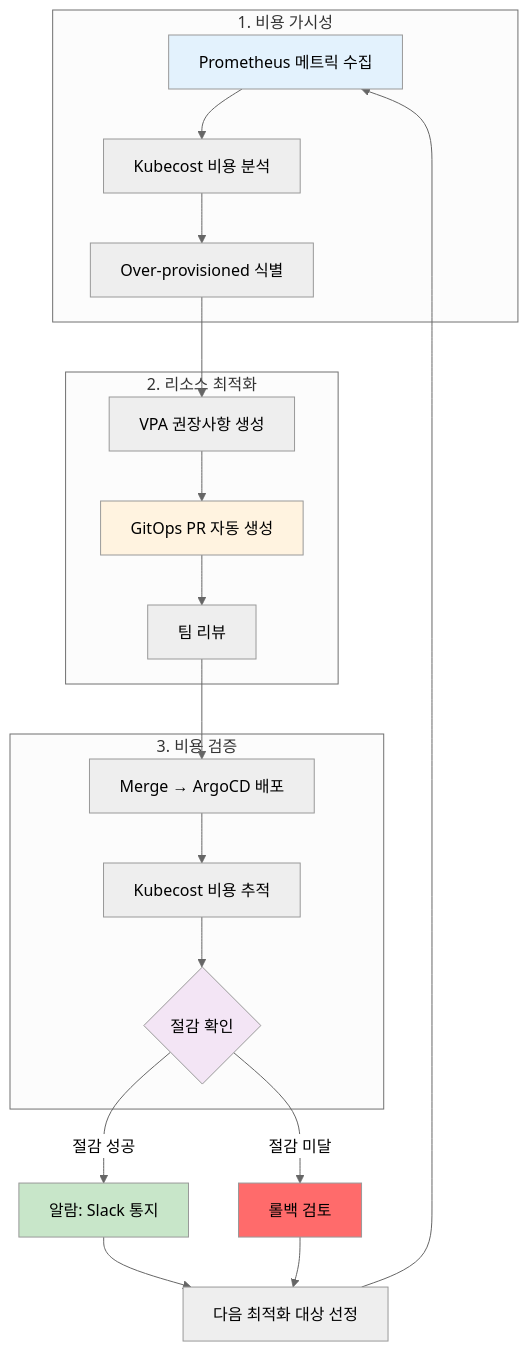
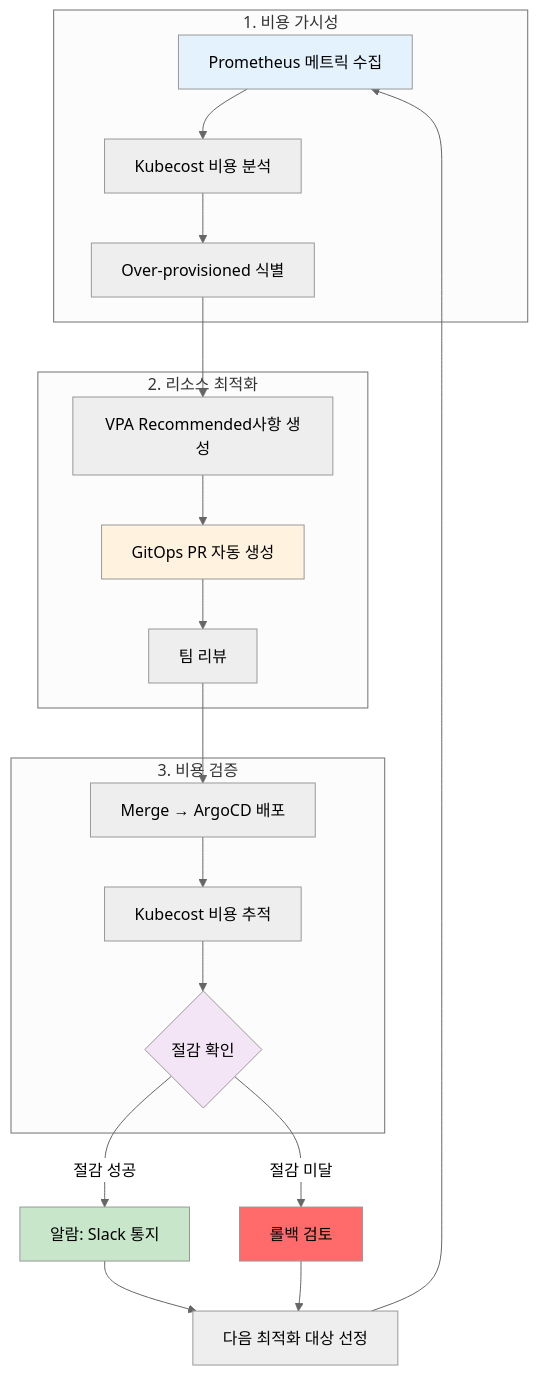
Before and after one commit to devfloor9/engineering-playbook: diagram 16 of 16 in i18n/en/docusaurus-plugin-content-docs/current/eks-best-practices/resource-cost/eks-resource-optimization.md, drawn with Mermaid (neutral theme). The commit also changed other lines of this file and 16 other files, not shown here.

````diff
--- a/i18n/en/docusaurus-plugin-content-docs/current/eks-best-practices/resource-cost/eks-resource-optimization.md
+++ b/i18n/en/docusaurus-plugin-content-docs/current/eks-best-practices/resource-cost/eks-resource-optimization.md
@@ -5067,31 +5067,31 @@
 ```mermaid
 graph TB
     subgraph "1. 비용 가시성"
         A[Prometheus 메트릭 수집] --> B[Kubecost 비용 분석]
         B --> C[Over-provisioned 식별]
     end
 
     subgraph "2. 리소스 최적화"
-        C --> D[VPA 권장사항 생성]
+        C --> D[VPA Recommended사항 생성]
         D --> E[GitOps PR 자동 생성]
         E --> F[팀 리뷰]
     end
 
     subgraph "3. 비용 검증"
         F --> G[Merge → ArgoCD 배포]
         G --> H[Kubecost 비용 추적]
         H --> I{절감 확인}
     end
 
     I -->|절감 성공| J[알람: Slack 통지]
     I -->|절감 미달| K[롤백 검토]
     J --> L[다음 최적화 대상 선정]
     K --> L
     L --> A
 
     style A fill:#e3f2fd
     style E fill:#fff3e0
     style I fill:#f3e5f5
     style J fill:#c8e6c9
     style K fill:#ff6b6b
 ```
````
